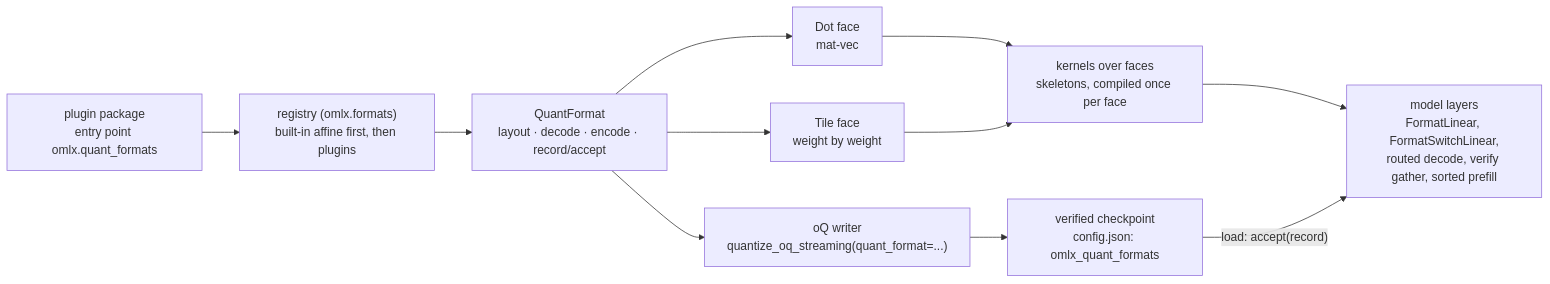
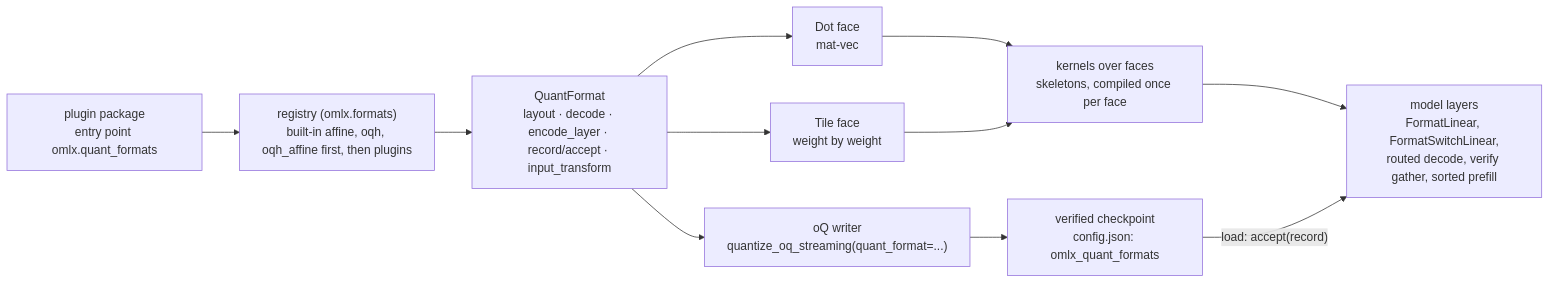
The diagram in docs/quant-format-plugins.md (yohann-bearzi/omlx), drawn with Mermaid before and after one commit. The commit also changed other lines of this file and 2 other files, not shown here.

Commit message:
docs(formats): document shared_tensors, transforms, oQh
Update docs/quant-formats.md and docs/quant-format-plugins.md for
shared_tensors, InputTransform (TRANSFORM_VERSION = 1), EncodeContext
and encode_layer (removing stale encode references), rotated-basis
decode() with transforms.inverse_weight, generalized producer fusion
(producer_spec, install_producers, release_producers), built-in oqh and
oqh_affine, third-party plugin transform authoring, and the future
CONTRACT >= 2 fused-dot extension sketch while keeping CONTRACT = 1.

````diff
--- a/docs/quant-format-plugins.md
+++ b/docs/quant-format-plugins.md
@@ -15,13 +15,13 @@
 ```mermaid
 flowchart LR
-    P["plugin package<br/>entry point omlx.quant_formats"] --> R["registry (omlx.formats)<br/>built-in affine first, then plugins"]
-    R --> F["QuantFormat<br/>layout · decode · encode · record/accept"]
+    P["plugin package<br/>entry point omlx.quant_formats"] --> R["registry (omlx.formats)<br/>built-in affine, oqh, oqh_affine first, then plugins"]
+    R --> F["QuantFormat<br/>layout · decode · encode_layer · record/accept · input_transform"]
     F --> D["Dot face<br/>mat-vec"]
     F --> T["Tile face<br/>weight by weight"]
     D --> K["kernels over faces<br/>skeletons, compiled once per face"]
     T --> K
     K --> L["model layers<br/>FormatLinear, FormatSwitchLinear,<br/>routed decode, verify gather, sorted prefill"]
     F --> W["oQ writer<br/>quantize_oq_streaming(quant_format=...)"]
     W --> C["verified checkpoint<br/>config.json: omlx_quant_formats"]
     C -->|"load: accept(record)"| L
 ```
````
